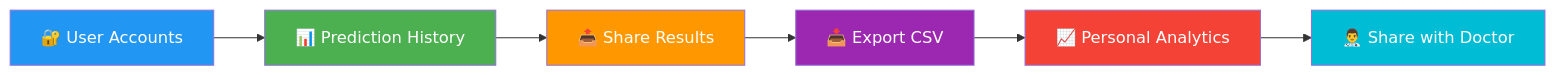
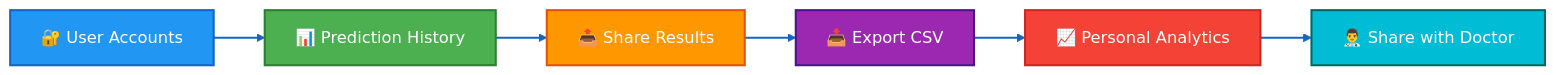
One commit to itssmdsh/MediScan changed the eighth of 9 diagrams in DOCUMENTATION.md. Above: the diagram before and after it, drawn with Mermaid. The commit also changed other lines of this file, not shown here.

````diff
--- a/DOCUMENTATION.md
+++ b/DOCUMENTATION.md
@@ -794,15 +840,17 @@
 ```mermaid
 graph LR
     Auth["🔐 User Accounts"] --> History["📊 Prediction History"]
     History --> Share["📤 Share Results"]
     Share --> Export["📥 Export CSV"]
     Export --> Analytics["📈 Personal Analytics"]
     Analytics --> Doctor["👨‍⚕️ Share with Doctor"]
     
-    style Auth fill:#2196f3,color:#fff
-    style History fill:#4caf50,color:#fff
-    style Share fill:#ff9800,color:#fff
-    style Export fill:#9c27b0,color:#fff
-    style Analytics fill:#f44336,color:#fff
-    style Doctor fill:#00bcd4,color:#fff
+    style Auth fill:#2196f3,stroke:#1565c0,stroke-width:2px,color:#fff
+    style History fill:#4caf50,stroke:#2e7d32,stroke-width:2px,color:#fff
+    style Share fill:#ff9800,stroke:#e65100,stroke-width:2px,color:#fff
+    style Export fill:#9c27b0,stroke:#4a148c,stroke-width:2px,color:#fff
+    style Analytics fill:#f44336,stroke:#c62828,stroke-width:2px,color:#fff
+    style Doctor fill:#00bcd4,stroke:#00695c,stroke-width:2px,color:#fff
+    
+    linkStyle 0,1,2,3,4 stroke:#1565c0,stroke-width:2px
 ```
````
